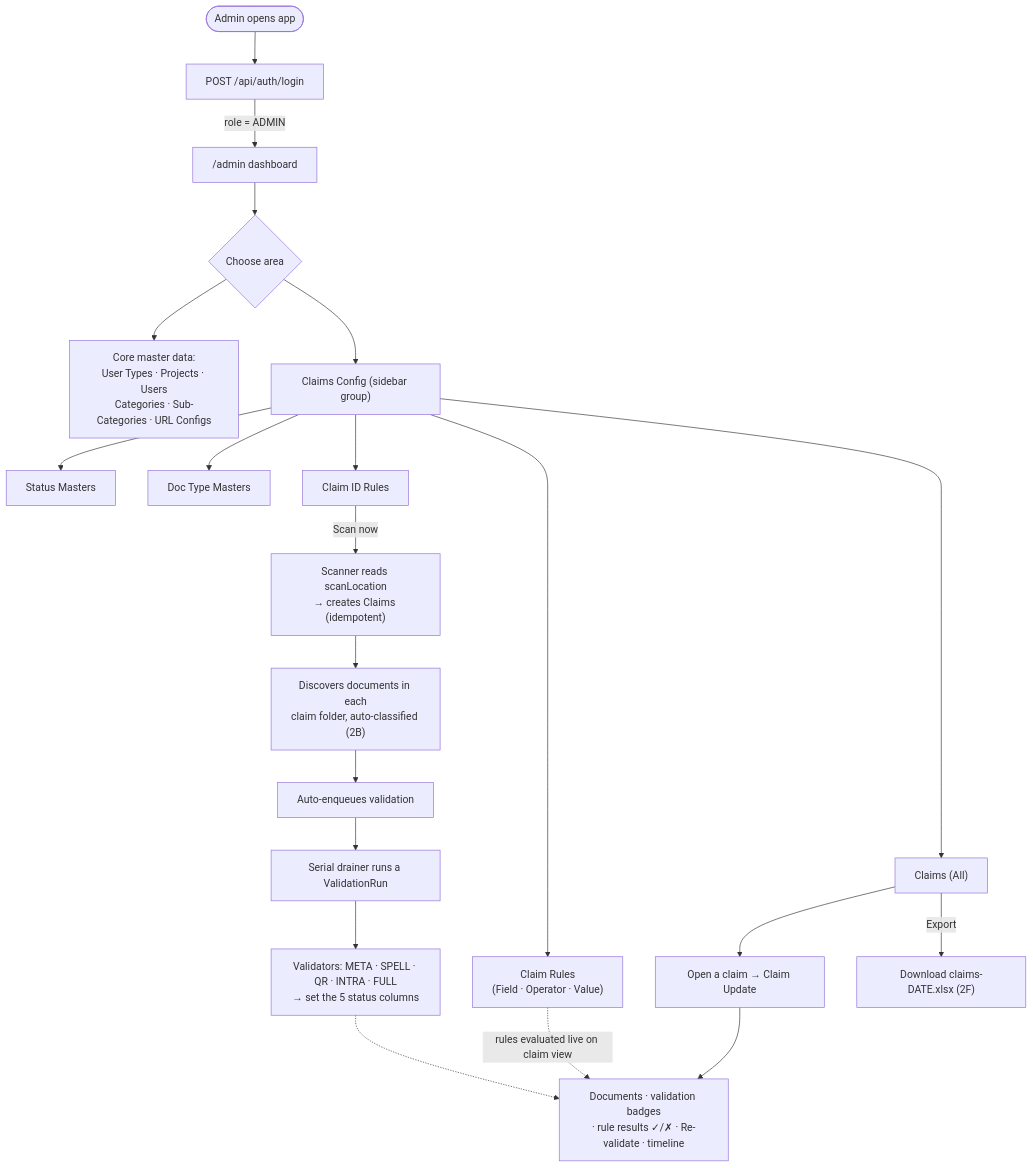
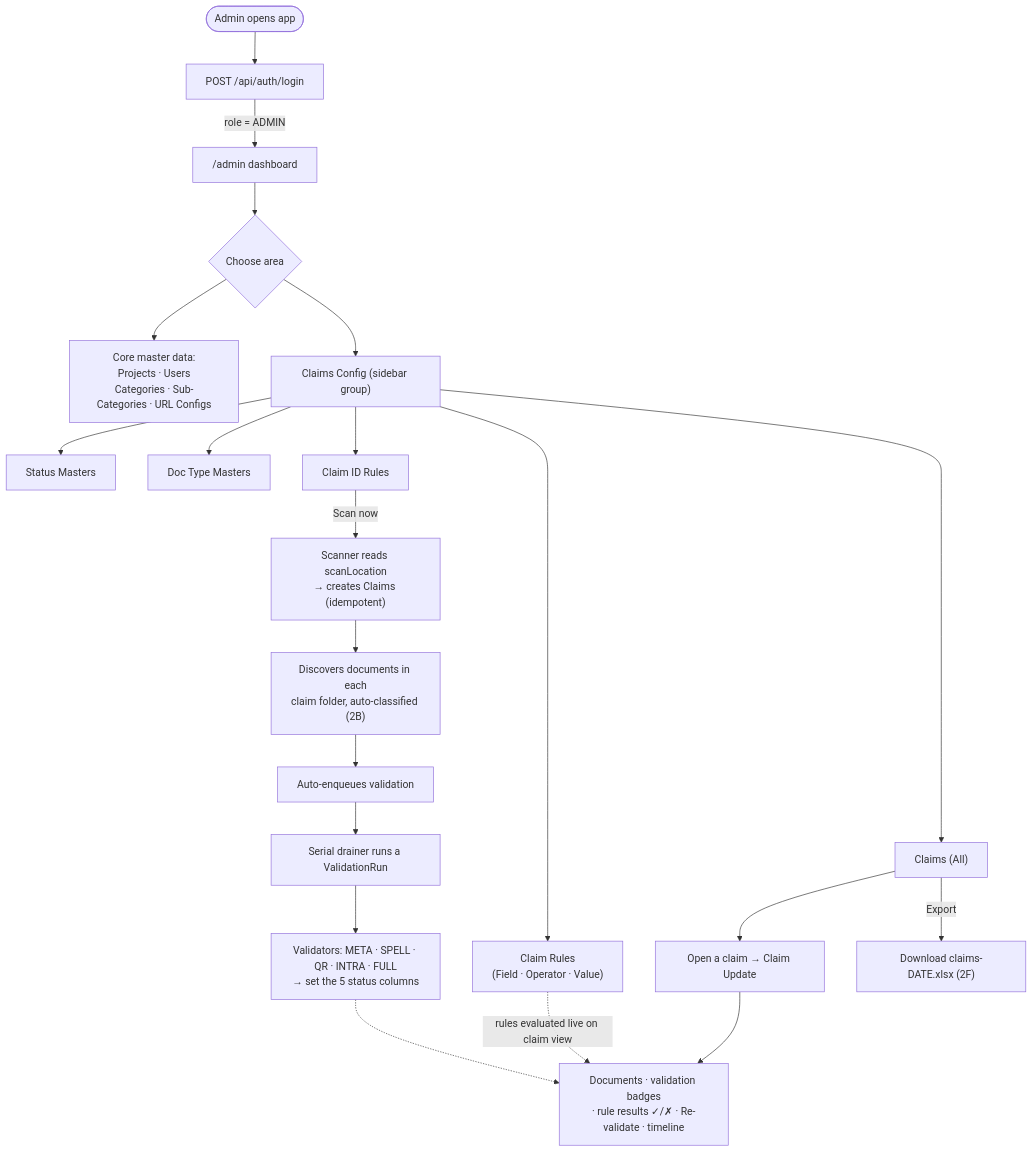
One commit to adityakdevin/proxyURLApp changed the first of 2 diagrams in docs/flows.md. Above: the diagram before and after it, drawn with Mermaid. The commit also changed other lines of this file and 14 other files, not shown here.

````diff
--- a/docs/flows.md
+++ b/docs/flows.md
@@ -12,33 +12,33 @@
 ```mermaid
 flowchart TD
   Start(["Admin opens app"]) --> Login["POST /api/auth/login"]
   Login -->|"role = ADMIN"| Dash["/admin dashboard"]
   Dash --> Pick{"Choose area"}
 
   %% Proxy / core master data
-  Pick --> Core["Core master data:<br/>User Types · Projects · Users<br/>Categories · Sub-Categories · URL Configs"]
+  Pick --> Core["Core master data:<br/>Projects · Users<br/>Categories · Sub-Categories · URL Configs"]
 
   %% Claims configuration
   Pick --> CC["Claims Config (sidebar group)"]
   CC --> SM["Status Masters"]
   CC --> DT["Doc Type Masters"]
   CC --> CIR["Claim ID Rules"]
   CC --> CR["Claim Rules<br/>(Field · Operator · Value)"]
   CC --> CA["Claims (All)"]
 
   %% Ingestion pipeline (2A + 2B)
   CIR -->|"Scan now"| Scan["Scanner reads scanLocation<br/>→ creates Claims (idempotent)"]
   Scan --> Docs["Discovers documents in each<br/>claim folder, auto-classified (2B)"]
   Docs --> AutoVal["Auto-enqueues validation"]
 
   %% Validation (2C)
   AutoVal --> Drain["Serial drainer runs a ValidationRun"]
   Drain --> Vals["Validators: META · SPELL · QR · INTRA · FULL<br/>→ set the 5 status columns"]
 
   %% Review + rules + export
   CA --> View["Open a claim → Claim Update"]
   View --> Detail["Documents · validation badges<br/>· rule results ✓/✗ · Re-validate · timeline"]
   CR -.->|"rules evaluated live on claim view"| Detail
   Vals -.-> Detail
   CA -->|"Export"| Xlsx["Download claims-DATE.xlsx (2F)"]
 ```
````
